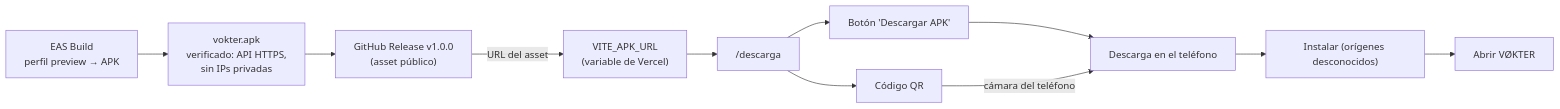
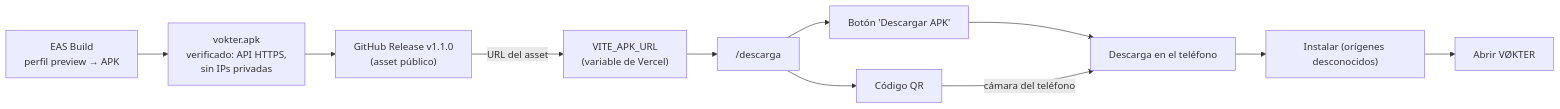
Before and after one commit to Brayabn/vokter: the third of 3 diagrams in docs/flows.md, drawn with Mermaid. The commit also changed other lines of this file and 48 other files, not shown here.

````diff
--- a/docs/flows.md
+++ b/docs/flows.md
@@ -80,12 +88,12 @@
 ```mermaid
 flowchart LR
   EAS["EAS Build<br/>perfil preview → APK"] --> APK["vokter.apk<br/>verificado: API HTTPS,<br/>sin IPs privadas"]
-  APK --> REL["GitHub Release v1.0.0<br/>(asset público)"]
+  APK --> REL["GitHub Release v1.1.0<br/>(asset público)"]
   REL -- "URL del asset" --> ENV["VITE_APK_URL<br/>(variable de Vercel)"]
   ENV --> PAGE["/descarga"]
   PAGE --> BTN["Botón 'Descargar APK'"]
   PAGE --> QR["Código QR"]
   BTN --> DL["Descarga en el teléfono"]
   QR -- "cámara del teléfono" --> DL
   DL --> INST["Instalar (orígenes desconocidos)"] --> OPEN["Abrir VØKTER"]
 ```
````
